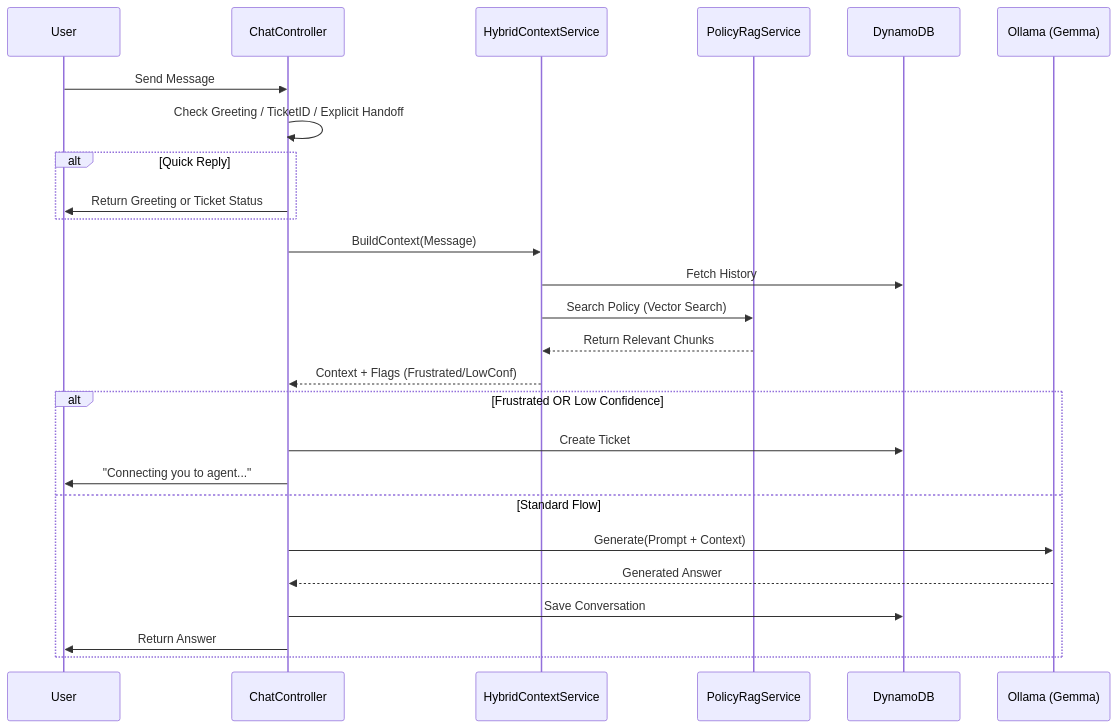
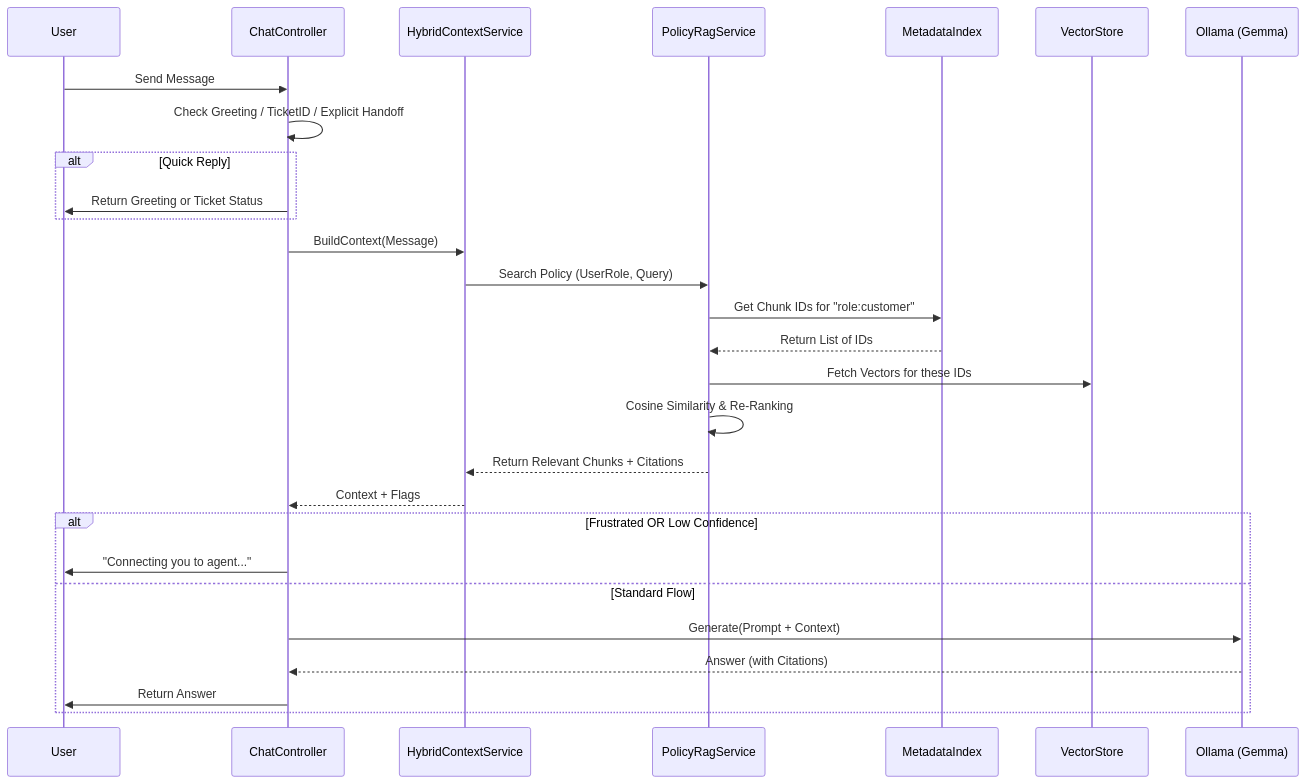
The diagram in HealthBot.Api/EXPLAINATION/AI_WORKFLOW.md (Mohankrishna07-maddila/-MEDICAL----RAG-APPLICATION), drawn with Mermaid before and after one commit. The commit also changed other lines of this file and 15 other files, not shown here.

````diff
--- a/HealthBot.Api/EXPLAINATION/AI_WORKFLOW.md
+++ b/HealthBot.Api/EXPLAINATION/AI_WORKFLOW.md
@@ -87,32 +93,34 @@
 ```mermaid
 sequenceDiagram
     participant User
     participant API as ChatController
     participant Hybrid as HybridContextService
     participant RAG as PolicyRagService
-    participant DB as DynamoDB
+    participant Meta as MetadataIndex
+    participant DB as VectorStore
     participant LLM as Ollama (Gemma)
 
     User->>API: Send Message
     
     API->>API: Check Greeting / TicketID / Explicit Handoff
     alt Quick Reply
         API->>User: Return Greeting or Ticket Status
     end
 
     API->>Hybrid: BuildContext(Message)
-    Hybrid->>DB: Fetch History
-    Hybrid->>RAG: Search Policy (Vector Search)
-    RAG-->>Hybrid: Return Relevant Chunks
-    Hybrid-->>API: Context + Flags (Frustrated/LowConf)
+    Hybrid->>RAG: Search Policy (UserRole, Query)
+    RAG->>Meta: Get Chunk IDs for "role:customer"
+    Meta-->>RAG: Return List of IDs
+    RAG->>DB: Fetch Vectors for these IDs
+    RAG->>RAG: Cosine Similarity & Re-Ranking
+    RAG-->>Hybrid: Return Relevant Chunks + Citations
+    Hybrid-->>API: Context + Flags
 
     alt Frustrated OR Low Confidence
-        API->>DB: Create Ticket
         API->>User: "Connecting you to agent..."
     else Standard Flow
         API->>LLM: Generate(Prompt + Context)
-        LLM-->>API: Generated Answer
-        API->>DB: Save Conversation
+        LLM-->>API: Answer (with Citations)
         API->>User: Return Answer
     end
 ```
````
